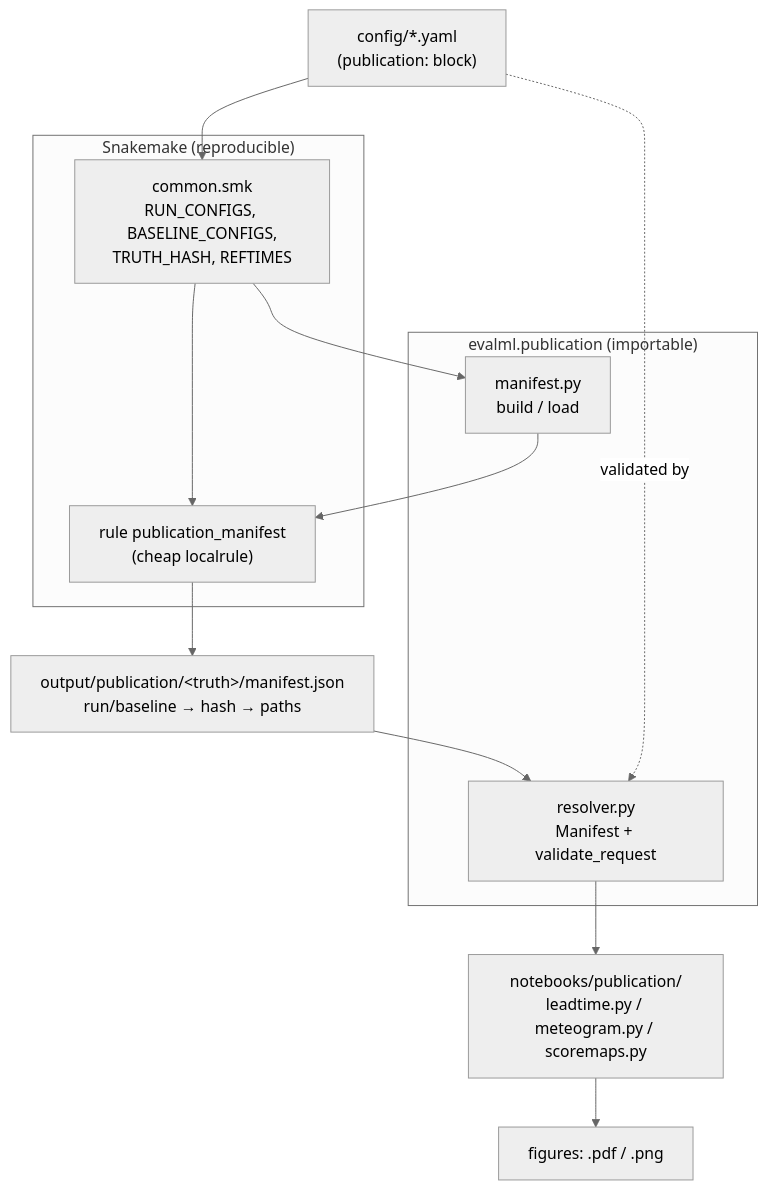
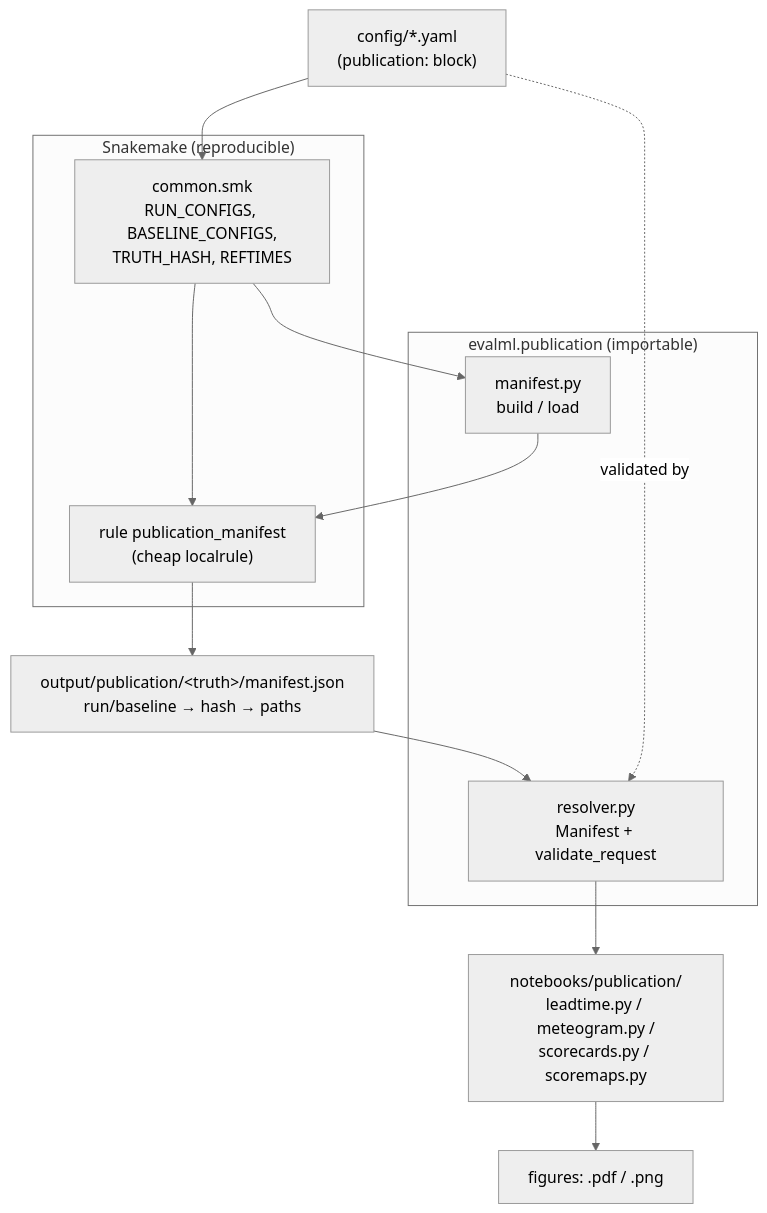
One commit to MeteoSwiss/evalml changed the first of 2 diagrams in docs/publication_figures.md. Above: the diagram before and after it, drawn with Mermaid (neutral theme). The commit also changed other lines of this file, not shown here.

First line of the commit message:
Docs: catalog all four publication figures (leadtime, meteogram, scorecards, scoremaps)

````diff
--- a/docs/publication_figures.md
+++ b/docs/publication_figures.md
@@ -33,20 +33,20 @@
 ```mermaid
 flowchart TD
     cfg["config/*.yaml<br/>(publication: block)"]
     subgraph smk["Snakemake (reproducible)"]
         common["common.smk<br/>RUN_CONFIGS, BASELINE_CONFIGS,<br/>TRUTH_HASH, REFTIMES"]
         manrule["rule publication_manifest<br/>(cheap localrule)"]
     end
     manifest["output/publication/&lt;truth&gt;/manifest.json<br/>run/baseline → hash → paths"]
     subgraph pub["evalml.publication (importable)"]
         builder["manifest.py<br/>build / load"]
         resolver["resolver.py<br/>Manifest + validate_request"]
     end
-    notebooks["notebooks/publication/<br/>leadtime.py / meteogram.py / scoremaps.py"]
+    notebooks["notebooks/publication/<br/>leadtime.py / meteogram.py /<br/>scorecards.py / scoremaps.py"]
     figs["figures: .pdf / .png"]
 
     cfg --> common --> manrule --> manifest
     common --> builder --> manrule
     manifest --> resolver --> notebooks --> figs
     cfg -. validated by .-> resolver
 ```
````
